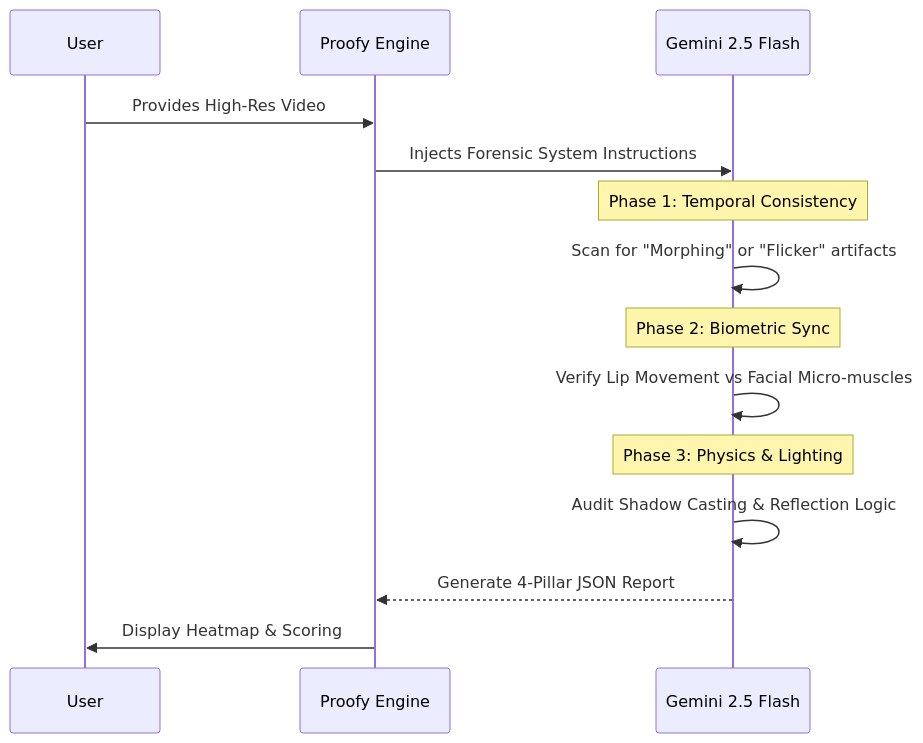
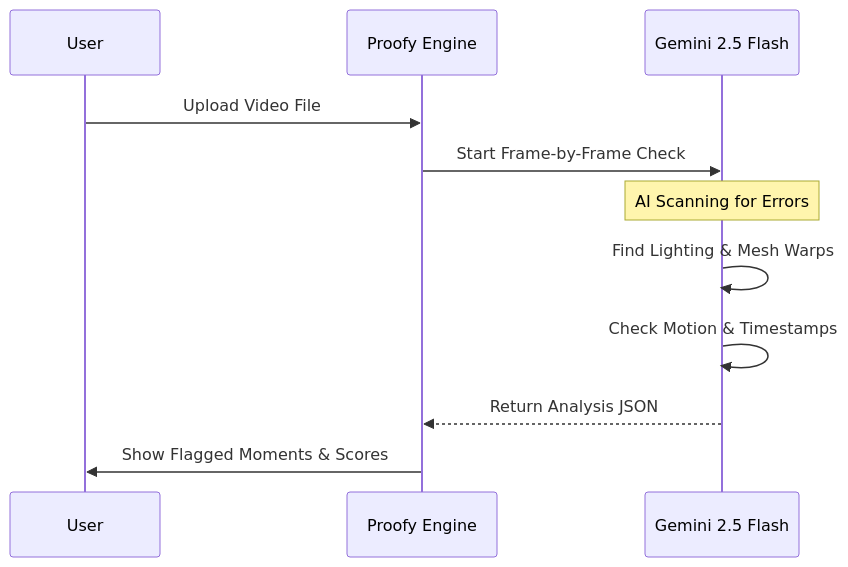
The second of 3 diagrams in README.md (jiviteshreddy44-netizen/proofyyy), drawn with Mermaid before and after one commit. The commit also changed other lines of this file, not shown here.

Commit message:
Update README: Strict core features and simple language with flow charts

````diff
--- a/README.md
+++ b/README.md
@@ -32,16 +42,13 @@
 ```mermaid
 sequenceDiagram
     participant U as User
     participant P as Proofy Engine
     participant G as Gemini 2.5 Flash
-    U->>P: Provides High-Res Video
-    P->>G: Injects Forensic System Instructions
-    Note over G: Phase 1: Temporal Consistency
-    G->>G: Scan for "Morphing" or "Flicker" artifacts
-    Note over G: Phase 2: Biometric Sync
-    G->>G: Verify Lip Movement vs Facial Micro-muscles
-    Note over G: Phase 3: Physics & Lighting
-    G->>G: Audit Shadow Casting & Reflection Logic
-    G-->>P: Generate 4-Pillar JSON Report
-    P->>U: Display Heatmap & Scoring
+    U->>P: Upload Video File
+    P->>G: Start Frame-by-Frame Check
+    Note over G: AI Scanning for Errors
+    G->>G: Find Lighting & Mesh Warps
+    G->>G: Check Motion & Timestamps
+    G-->>P: Return Analysis JSON
+    P->>U: Show Flagged Moments & Scores
 ```
````
